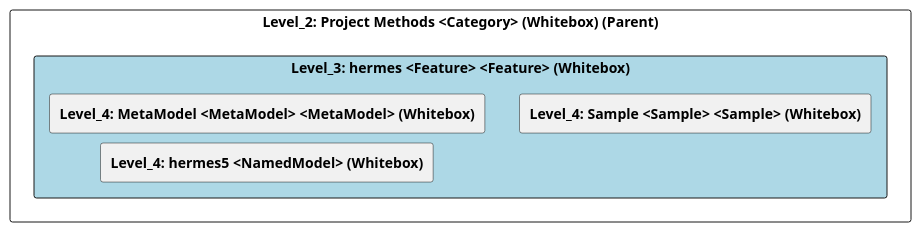
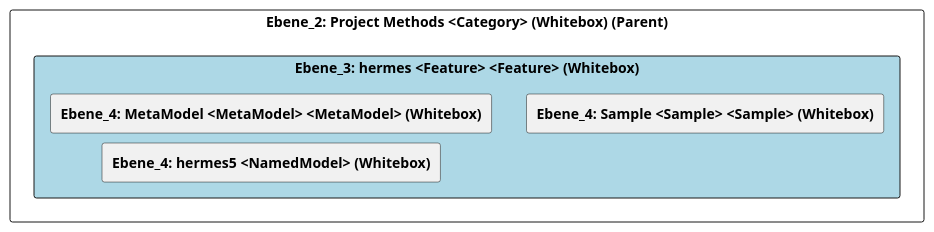
One commit to marcozwyssig/cleon changed the diagram in doc/cleonproject_deliverables_architecture_model_architecture/adoc/de/05_bausteinsicht/cleon/project_methods/hermes/ebene_3_hermes.adoc. Above: the diagram before and after it, drawn with PlantUML. The commit also changed other lines of this file and 258 other files, not shown here.

```diff
--- a/doc/cleonproject_deliverables_architecture_model_architecture/adoc/de/05_bausteinsicht/cleon/project_methods/hermes/ebene_3_hermes.adoc
+++ b/doc/cleonproject_deliverables_architecture_model_architecture/adoc/de/05_bausteinsicht/cleon/project_methods/hermes/ebene_3_hermes.adoc
@@ -24,26 +24,26 @@
-[plantuml, Level_3: hermes <Feature> <Feature> (Whitebox)BlockOverview, format="svg"]
+[plantuml, Ebene_3: hermes <Feature> <Feature> (Whitebox)BlockOverview, format="svg"]
 ----
-@startuml Level_3: hermes <Feature> <Feature> (Whitebox)BuildingBlockOverview
+@startuml Ebene_3: hermes <Feature> <Feature> (Whitebox)BuildingBlockOverview
 
 skinparam ranksep 10
 skinparam componentStyle rectangle
 skinparam shadowing false
 skinparam arrowColor lightblue
 skinparam arrowThickness 1.2
 skinparam rectangle {
   BackgroundColor White
   BorderColor #333
   RoundCorner 10
 }
 top to bottom direction
 
-component "Level_2: Project Methods <Category> (Whitebox) (Parent)" {
-    component "Level_3: hermes <Feature> <Feature> (Whitebox)" #lightblue {
-        [**Level_4: MetaModel <MetaModel> <MetaModel> (Whitebox)**] as 4A570569_D579_11EE_903E_9F564E4DE07E
-        [**Level_4: Sample <Sample> <Sample> (Whitebox)**] as 4A56DE3D_D579_11EE_903E_9F564E4DE07E
-        [**Level_4: hermes5 <NamedModel> (Whitebox)**] as 4A56DE54_D579_11EE_903E_9F564E4DE07E
+component "Ebene_2: Project Methods <Category> (Whitebox) (Parent)" {
+    component "Ebene_3: hermes <Feature> <Feature> (Whitebox)" #lightblue {
+        [**Ebene_4: MetaModel <MetaModel> <MetaModel> (Whitebox)**] as 4A570569_D579_11EE_903E_9F564E4DE07E
+        [**Ebene_4: Sample <Sample> <Sample> (Whitebox)**] as 4A56DE3D_D579_11EE_903E_9F564E4DE07E
+        [**Ebene_4: hermes5 <NamedModel> (Whitebox)**] as 4A56DE54_D579_11EE_903E_9F564E4DE07E
     }
 }
 
 @enduml
 ----
```
